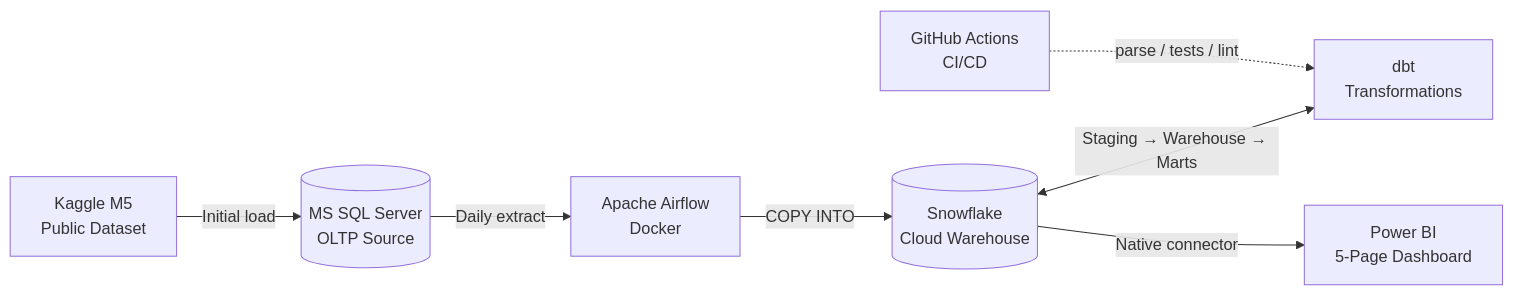
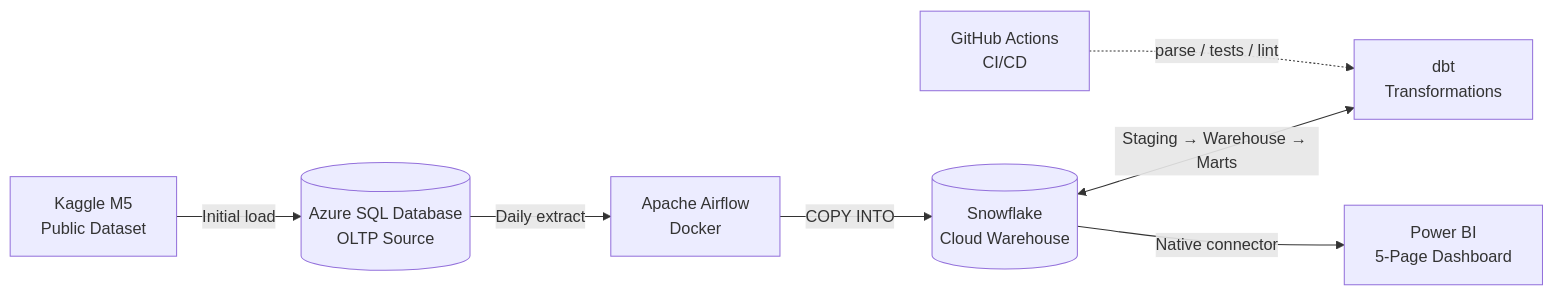
The first of 2 diagrams in PROJECT_PLAN.md (Pheluciam/retail-demand-forecasting-project), drawn with Mermaid before and after one commit. The commit also changed other lines of this file, not shown here.

Commit message:
docs: PROJECT_PLAN status to shipped; source DB to Azure SQL

````diff
--- a/PROJECT_PLAN.md
+++ b/PROJECT_PLAN.md
@@ -27,17 +27,17 @@
 ```mermaid
 flowchart LR
     K["Kaggle M5<br/>Public Dataset"]
-    MS[("MS SQL Server<br/>OLTP Source")]
+    MS[("Azure SQL Database<br/>OLTP Source")]
     AF["Apache Airflow<br/>Docker"]
     SF[("Snowflake<br/>Cloud Warehouse")]
     DBT["dbt<br/>Transformations"]
     PBI["Power BI<br/>5-Page Dashboard"]
     GH["GitHub Actions<br/>CI/CD"]
 
     K -->|Initial load| MS
     MS -->|Daily extract| AF
     AF -->|COPY INTO| SF
     SF <-->|Staging &rarr; Warehouse &rarr; Marts| DBT
     SF -->|Native connector| PBI
     GH -.->|parse / tests / lint| DBT
 ```
````
